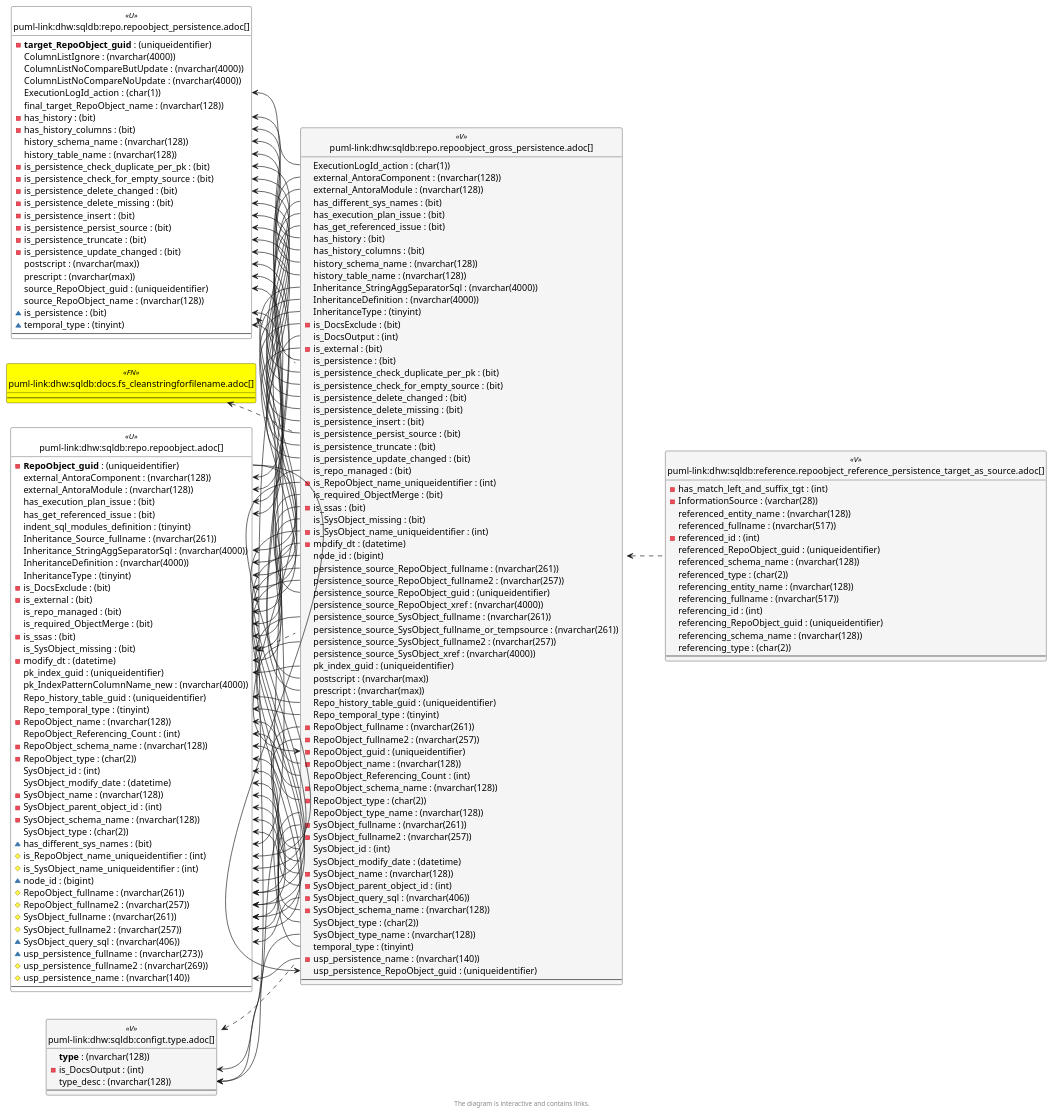
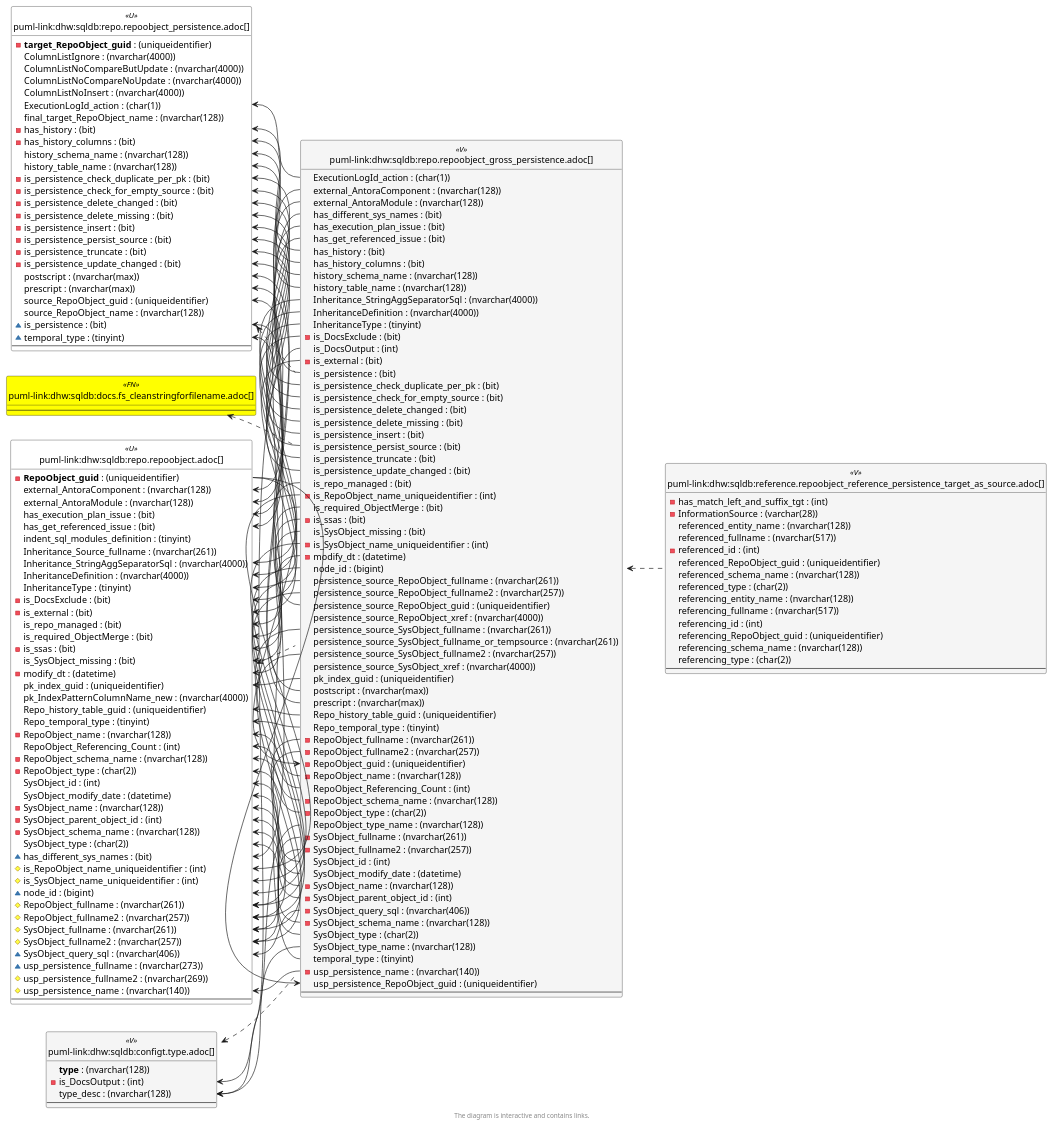
One commit to DataHandwerk/dhw-antora-sqldb changed the sixth of 6 diagrams in docs/modules/sqldb/partials/content/repo.repoobject_gross_persistence.adoc. Above: the diagram before and after it, drawn with PlantUML. The commit also changed other lines of this file and 701 other files, not shown here.

```diff
--- a/docs/modules/sqldb/partials/content/repo.repoobject_gross_persistence.adoc
+++ b/docs/modules/sqldb/partials/content/repo.repoobject_gross_persistence.adoc
@@ -4240,6 +4259,7 @@
   ColumnListIgnore : (nvarchar(4000))
   ColumnListNoCompareButUpdate : (nvarchar(4000))
   ColumnListNoCompareNoUpdate : (nvarchar(4000))
+  ColumnListNoInsert : (nvarchar(4000))
   ExecutionLogId_action : (char(1))
   final_target_RepoObject_name : (nvarchar(128))
   - has_history : (bit)
@@ -4292,8 +4312,8 @@
 "repo.RepoObject::pk_index_guid" <-- "repo.RepoObject_gross_persistence::pk_index_guid"
 "repo.RepoObject::Repo_history_table_guid" <-- "repo.RepoObject_gross_persistence::Repo_history_table_guid"
 "repo.RepoObject::Repo_temporal_type" <-- "repo.RepoObject_gross_persistence::Repo_temporal_type"
+"repo.RepoObject::RepoObject_fullname" <-- "repo.RepoObject_gross_persistence::persistence_source_RepoObject_fullname"
 "repo.RepoObject::RepoObject_fullname" <-- "repo.RepoObject_gross_persistence::RepoObject_fullname"
-"repo.RepoObject::RepoObject_fullname" <-- "repo.RepoObject_gross_persistence::persistence_source_RepoObject_fullname"
 "repo.RepoObject::RepoObject_fullname2" <-- "repo.RepoObject_gross_persistence::persistence_source_RepoObject_fullname2"
 "repo.RepoObject::RepoObject_fullname2" <-- "repo.RepoObject_gross_persistence::RepoObject_fullname2"
 "repo.RepoObject::RepoObject_guid" <-- "repo.RepoObject_gross_persistence::RepoObject_guid"
@@ -4302,8 +4322,8 @@
 "repo.RepoObject::RepoObject_Referencing_Count" <-- "repo.RepoObject_gross_persistence::RepoObject_Referencing_Count"
 "repo.RepoObject::RepoObject_schema_name" <-- "repo.RepoObject_gross_persistence::RepoObject_schema_name"
 "repo.RepoObject::RepoObject_type" <-- "repo.RepoObject_gross_persistence::RepoObject_type"
+"repo.RepoObject::SysObject_fullname" <-- "repo.RepoObject_gross_persistence::persistence_source_SysObject_fullname"
 "repo.RepoObject::SysObject_fullname" <-- "repo.RepoObject_gross_persistence::SysObject_fullname"
-"repo.RepoObject::SysObject_fullname" <-- "repo.RepoObject_gross_persistence::persistence_source_SysObject_fullname"
 "repo.RepoObject::SysObject_fullname2" <-- "repo.RepoObject_gross_persistence::persistence_source_SysObject_fullname2"
 "repo.RepoObject::SysObject_fullname2" <-- "repo.RepoObject_gross_persistence::SysObject_fullname2"
 "repo.RepoObject::SysObject_id" <-- "repo.RepoObject_gross_persistence::SysObject_id"
```
